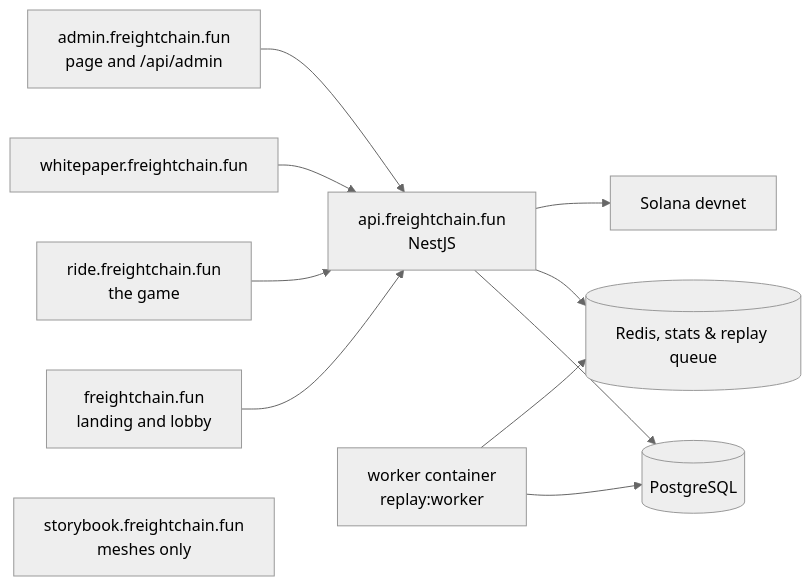
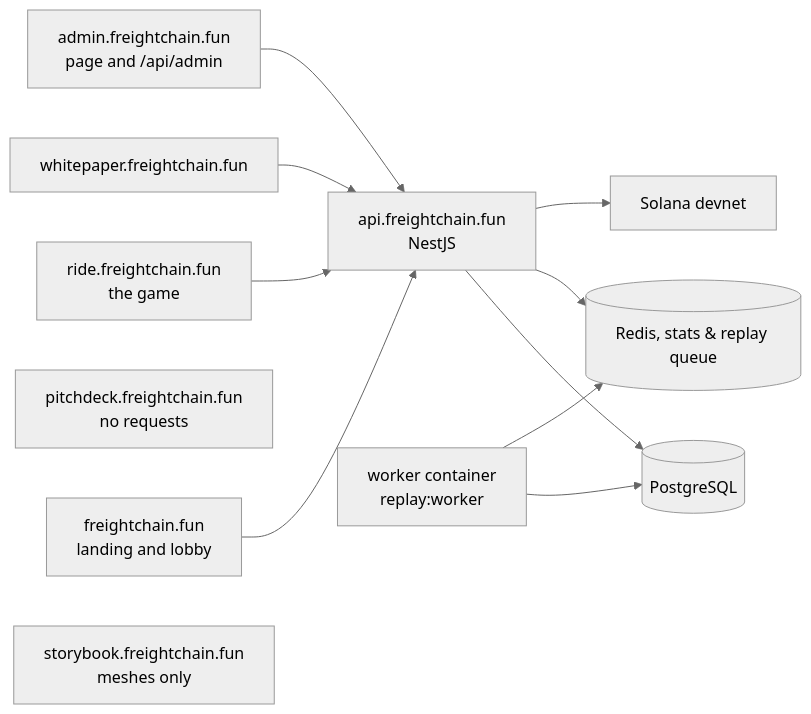
One commit to recferret-bit/freightchain changed the fourth of 7 diagrams in README.md. Above: the diagram before and after it, drawn with Mermaid (neutral theme). The commit also changed other lines of this file and 91 other files, not shown here.

First line of the commit message:
Pitch deck (Poster) becomes the landing's third page on pitchdeck.<apex>

````diff
--- a/README.md
+++ b/README.md
@@ -422,13 +423,14 @@
 ```mermaid
 flowchart LR
   landing["freightchain.fun<br/>landing and lobby"] --> api["api.freightchain.fun<br/>NestJS"]
   ride["ride.freightchain.fun<br/>the game"] --> api
   paper["whitepaper.freightchain.fun"] --> api
+  deck["pitchdeck.freightchain.fun<br/>no requests"]
   admin["admin.freightchain.fun<br/>page and /api/admin"] --> api
   story["storybook.freightchain.fun<br/>meshes only"]
   api --> pg[(PostgreSQL)]
   api --> redis[(Redis, stats & replay queue)]
   worker["worker container<br/>replay:worker"] --> pg
   worker --> redis
   api --> chain["Solana devnet"]
 ```
````
